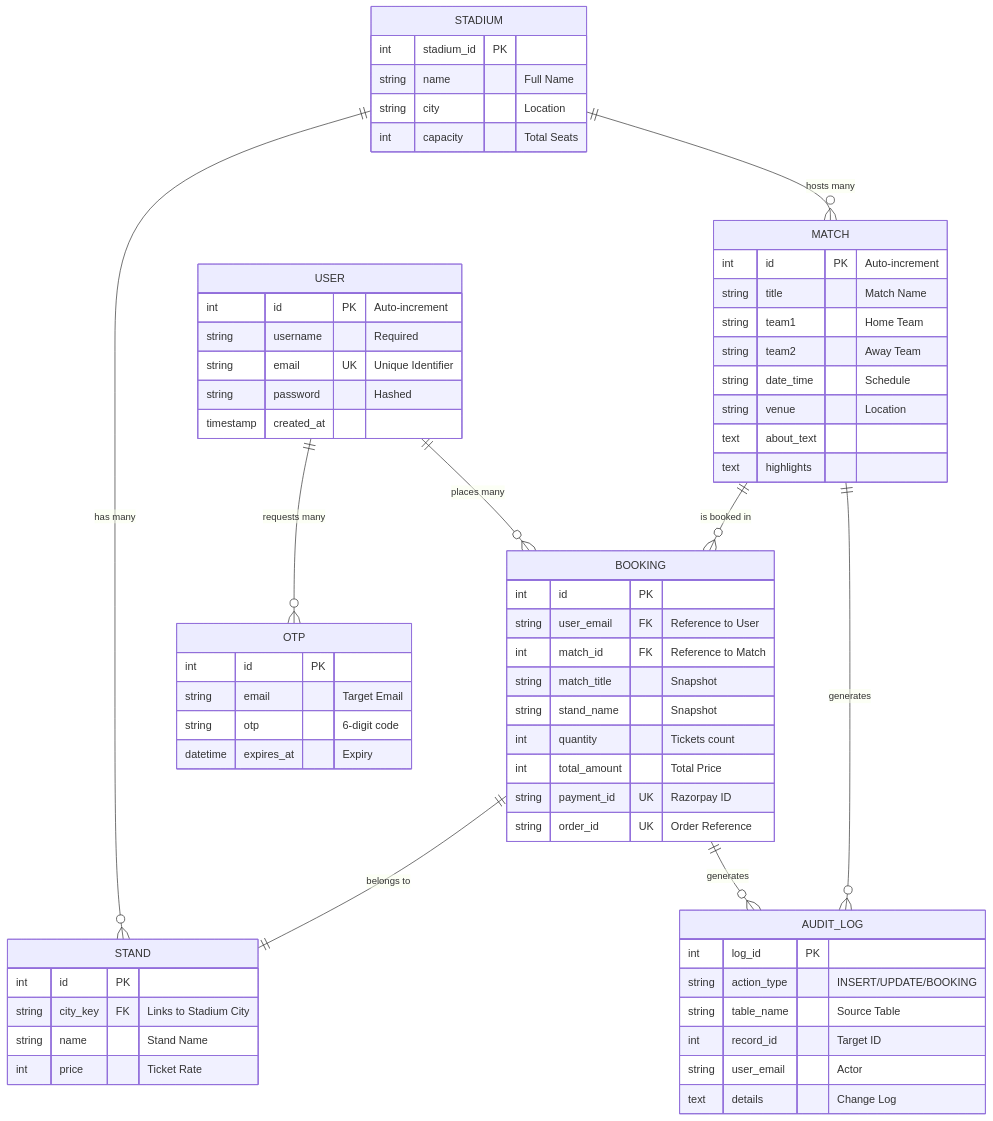
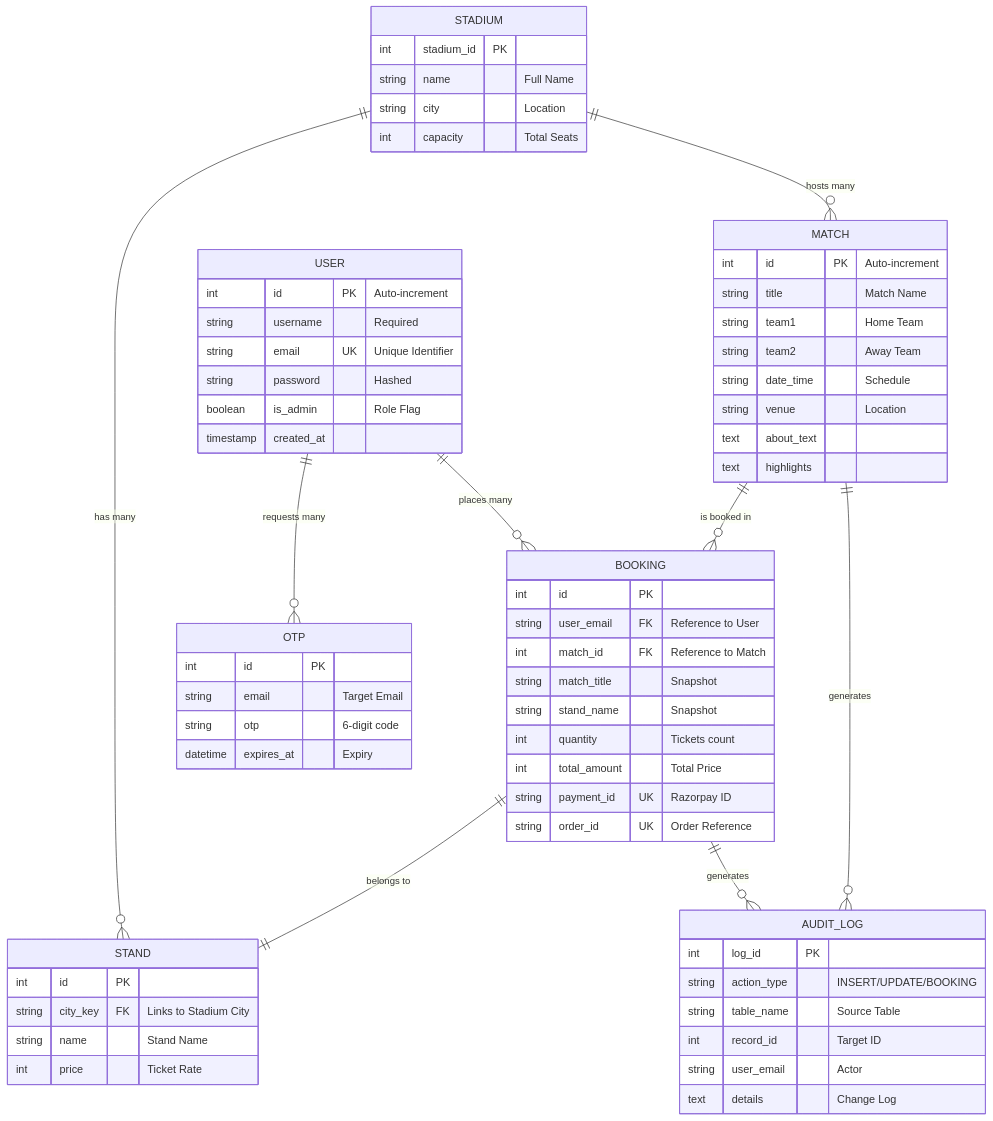
The diagram in Project_Report.md (santi-git-prog/IPL-Ticket-Management-System), drawn with Mermaid before and after one commit. The commit also changed other lines of this file and 5 other files, not shown here.

````diff
--- a/Project_Report.md
+++ b/Project_Report.md
@@ -67,72 +69,73 @@
 ```mermaid
 erDiagram
     USER ||--o{ BOOKING : "places many"
     USER ||--o{ OTP : "requests many"
     MATCH ||--o{ BOOKING : "is booked in"
     STADIUM ||--o{ MATCH : "hosts many"
     STADIUM ||--o{ STAND : "has many"
     BOOKING ||--|| STAND : "belongs to"
     BOOKING ||--o{ AUDIT_LOG : "generates"
     MATCH ||--o{ AUDIT_LOG : "generates"
 
     USER {
         int id PK "Auto-increment"
         string username "Required"
         string email UK "Unique Identifier"
         string password "Hashed"
+        boolean is_admin "Role Flag"
         timestamp created_at
     }
 
     MATCH {
         int id PK "Auto-increment"
         string title "Match Name"
         string team1 "Home Team"
         string team2 "Away Team"
         string date_time "Schedule"
         string venue "Location"
         text about_text
         text highlights
     }
 
     STADIUM {
         int stadium_id PK
         string name "Full Name"
         string city "Location"
         int capacity "Total Seats"
     }
 
     STAND {
         int id PK
         string city_key FK "Links to Stadium City"
         string name "Stand Name"
         int price "Ticket Rate"
     }
 
     BOOKING {
         int id PK
         string user_email FK "Reference to User"
         int match_id FK "Reference to Match"
         string match_title "Snapshot"
         string stand_name "Snapshot"
         int quantity "Tickets count"
         int total_amount "Total Price"
         string payment_id UK "Razorpay ID"
         string order_id UK "Order Reference"
     }
 
     OTP {
         int id PK
         string email "Target Email"
         string otp "6-digit code"
         datetime expires_at "Expiry"
     }
 
     AUDIT_LOG {
         int log_id PK
         string action_type "INSERT/UPDATE/BOOKING"
         string table_name "Source Table"
         int record_id "Target ID"
         string user_email "Actor"
         text details "Change Log"
     }
 ```
````
